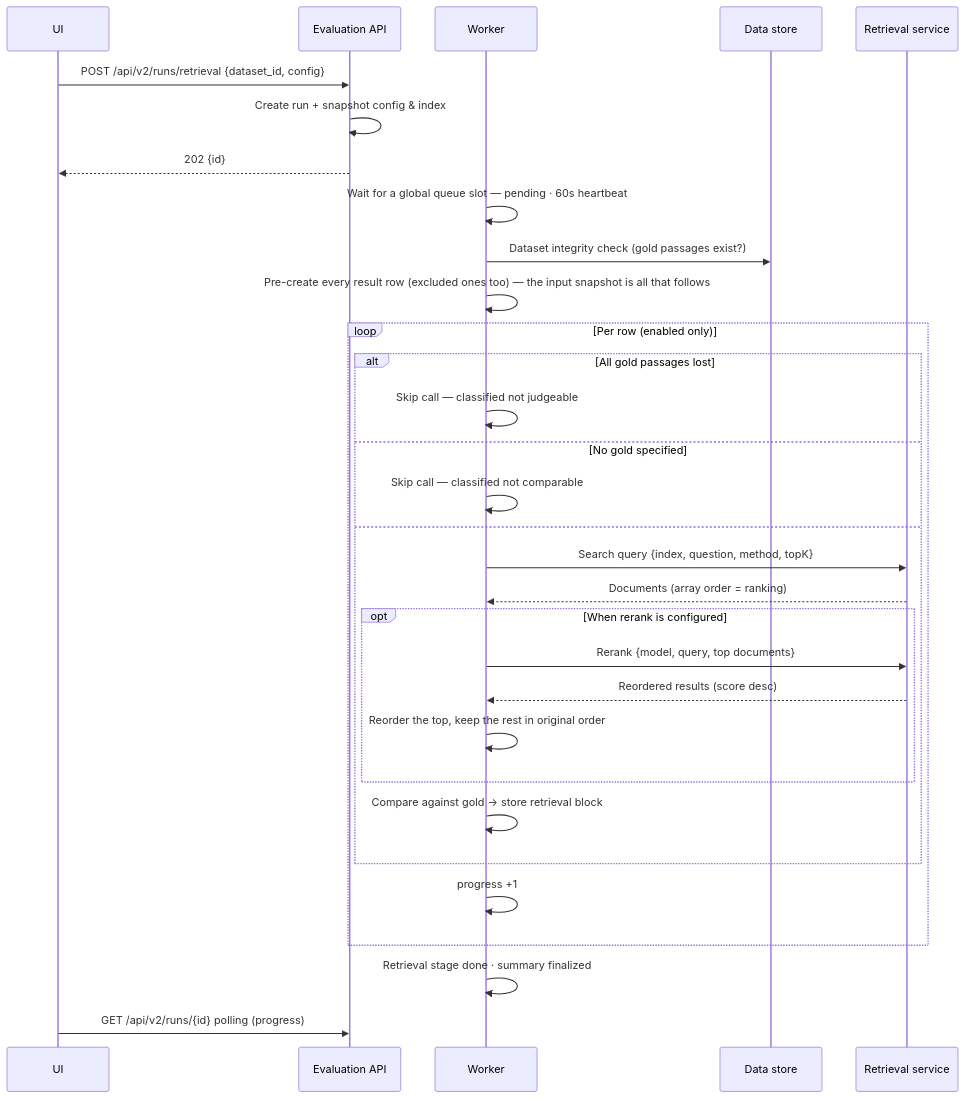
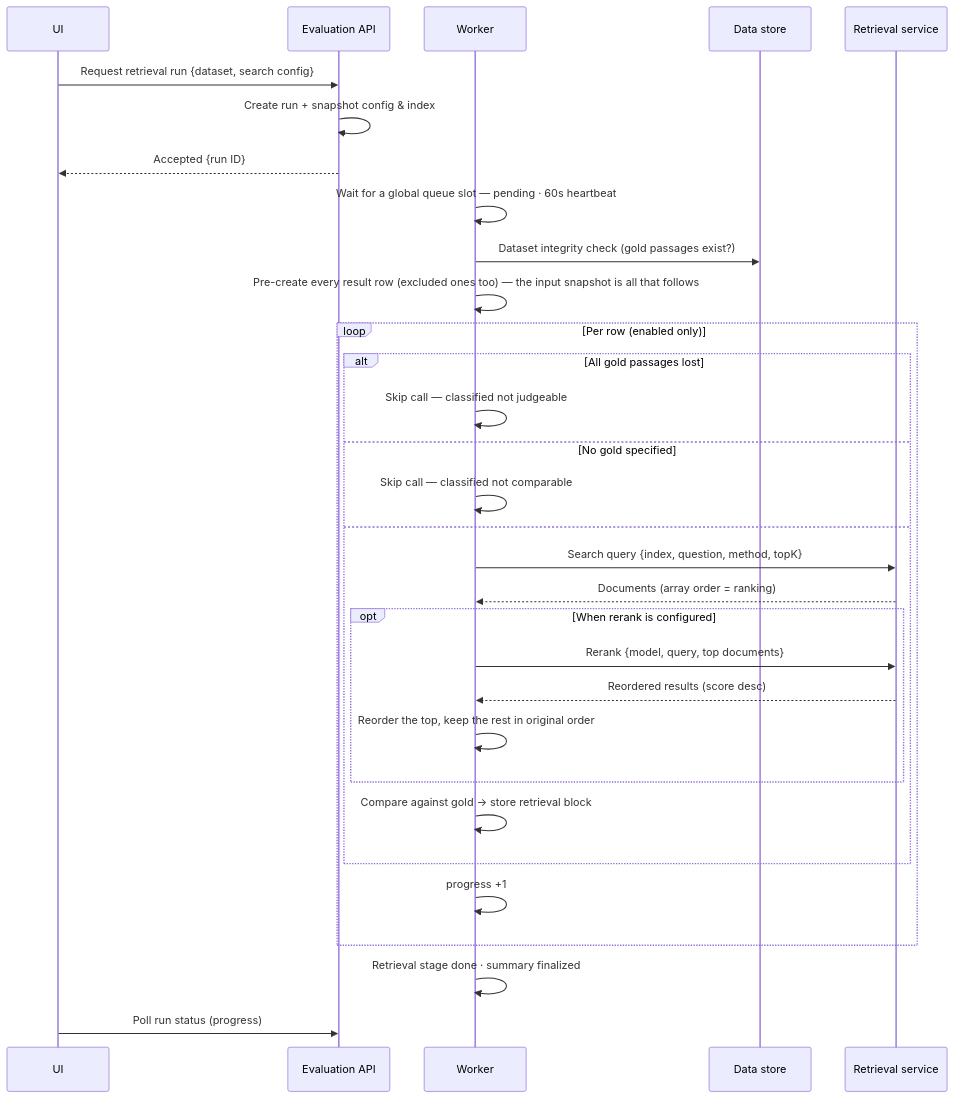
One commit to comsa33/porfolio-site changed the diagram in public/architecture/evaluator/retrieval-run-en.mmd. Above: the diagram before and after it, drawn with Mermaid. The commit also changed 14 other files, not shown here.

First line of the commit message:
feat: harness architecture diagrams; strip internal API paths from diagrams

```diff
--- a/public/architecture/evaluator/retrieval-run-en.mmd
+++ b/public/architecture/evaluator/retrieval-run-en.mmd
@@ -1,31 +1,31 @@
 sequenceDiagram
     participant UI
     participant API as Evaluation API
     participant W as Worker
     participant DS as Data store
     participant RT as Retrieval service
-    UI->>API: POST /api/v2/runs/retrieval {dataset_id, config}
+    UI->>API: Request retrieval run {dataset, search config}
     API->>API: Create run + snapshot config & index
-    API-->>UI: 202 {id}
+    API-->>UI: Accepted {run ID}
     W->>W: Wait for a global queue slot — pending · 60s heartbeat
     W->>DS: Dataset integrity check (gold passages exist?)
     W->>W: Pre-create every result row (excluded ones too) — the input snapshot is all that follows
     loop Per row (enabled only)
         alt All gold passages lost
             W->>W: Skip call — classified not judgeable
         else No gold specified
             W->>W: Skip call — classified not comparable
         else
             W->>RT: Search query {index, question, method, topK}
             RT-->>W: Documents (array order = ranking)
             opt When rerank is configured
                 W->>RT: Rerank {model, query, top documents}
                 RT-->>W: Reordered results (score desc)
                 W->>W: Reorder the top, keep the rest in original order
             end
             W->>W: Compare against gold → store retrieval block
         end
         W->>W: progress +1
     end
     W->>W: Retrieval stage done · summary finalized
-    UI->>API: GET /api/v2/runs/{id} polling (progress)
+    UI->>API: Poll run status (progress)
```
